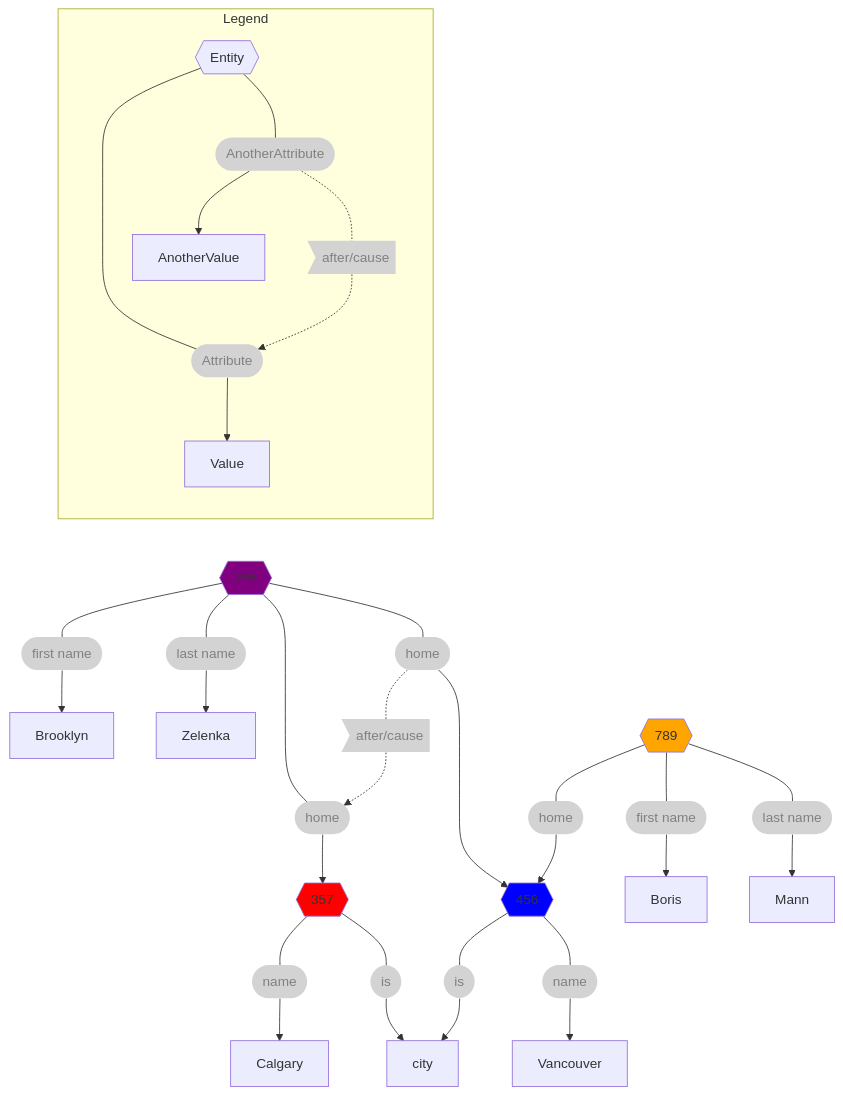
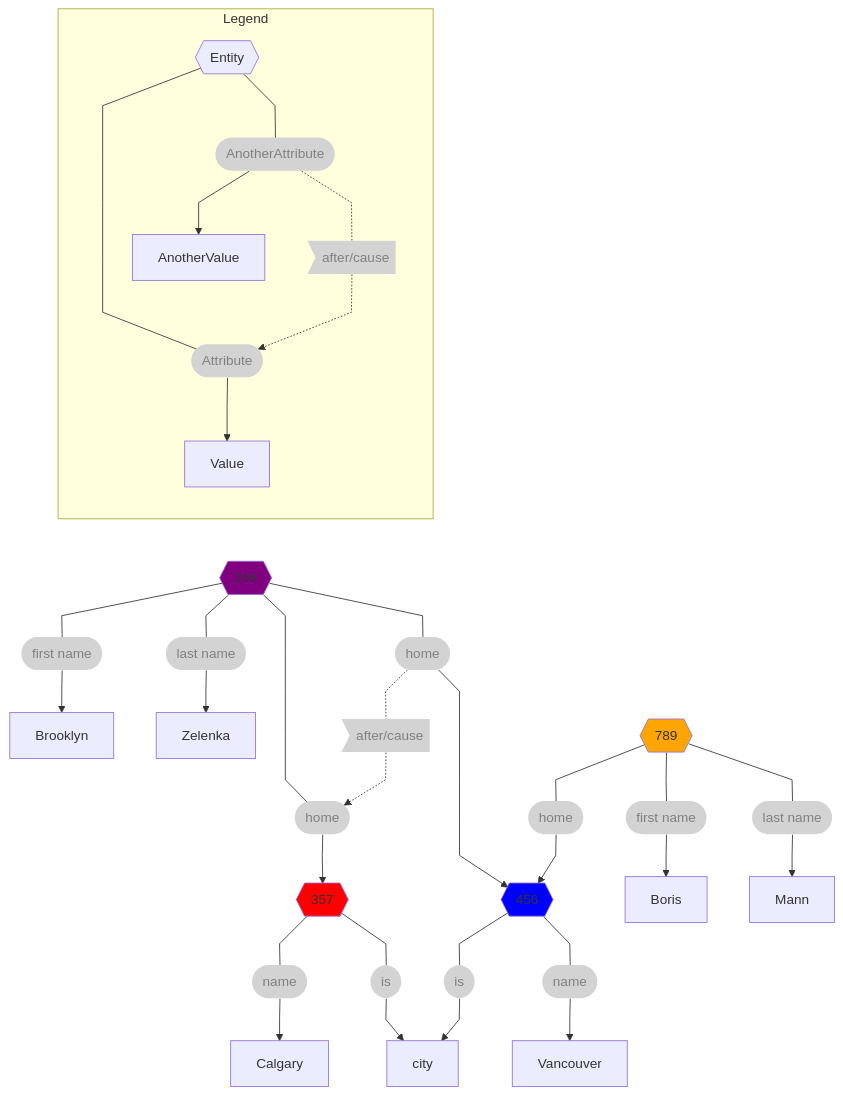
The first of 2 diagrams in README.md (RhizomeDB/spec), drawn with Mermaid before and after one commit.

Commit message:
Change lines

````diff
--- a/README.md
+++ b/README.md
@@ -266,36 +266,38 @@
 ``` mermaid
+%%{ init: { 'flowchart': { 'curve': 'linear' } } }%%
+
 flowchart TB
     subgraph Legend
       direction TB
       entity{{Entity}} --- att([Attribute]):::attr --> Value
       entity --- att2([AnotherAttribute]):::attr --> AnotherValue
       att2 -.- cause>after/cause]:::attr -.-> att
     end
 
     Legend ~~~ entityBZ
 
     entityBZ{{246}} --- bzFN([first name]):::attr --> Brooklyn
     entityBZ --- bzLN([last name]):::attr --> Zelenka
 
     entityBZ --- bzOldCity([home]):::attr --> entityCgy
     entityBZ --- bzNewCity([home]):::attr --> entityVC
 
     bzNewCity -.- after>after/cause]:::attr .-> bzOldCity
 
     entityBM --- bmCity([home]):::attr --> entityVC
     entityBM{{789}} --- bmFN([first name]):::attr --> Boris
     entityBM --- bmLN([last name]):::attr --> Mann
 
     entityCgy --- calName([name]):::attr --> Calgary
     entityCgy{{357}} --- calIs([is]):::attr --> city
 
     entityVC{{456}} --- vcIs([is]):::attr --> city
     entityVC --- vcName([name]):::attr --> Vancouver
 
     style entityBM fill:orange
     style entityBZ fill:purple
     style entityVC fill:blue
     style entityCgy fill:red
 
     classDef attr fill:lightgrey,color:grey,stroke:none;
 ```
````
